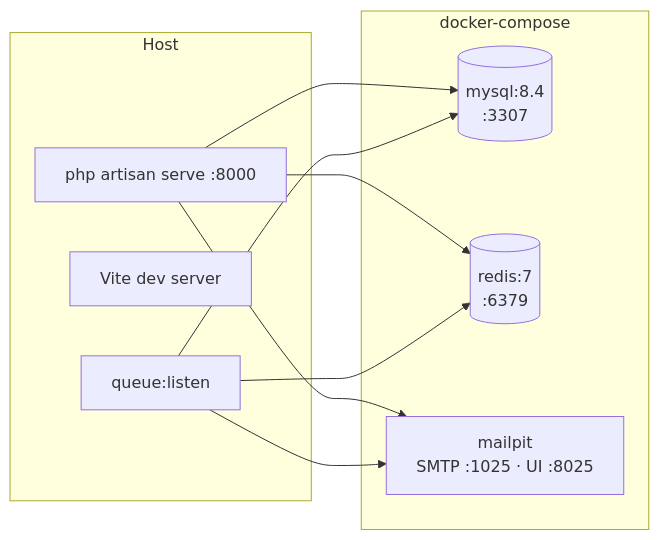
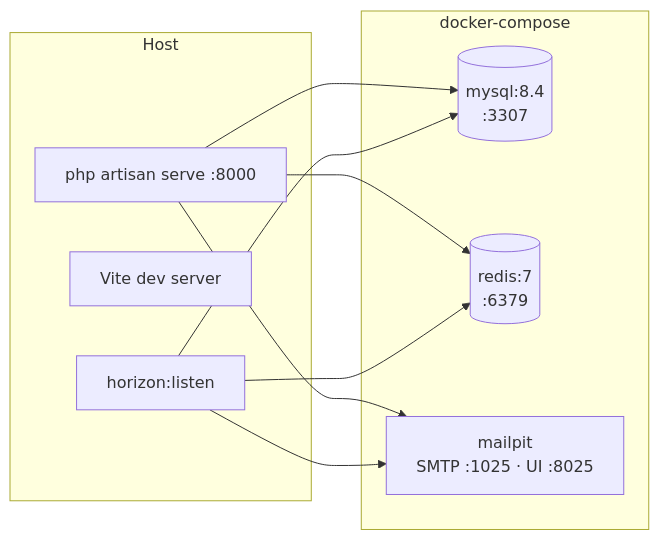
One commit to syaafiudinm/zadjo-simklinik changed diagram 13 of 13 in docs/ARCHITECTURE.md. Above: the diagram before and after it, drawn with Mermaid. The commit also changed other lines of this file and 55 other files, not shown here.

````diff
--- a/docs/ARCHITECTURE.md
+++ b/docs/ARCHITECTURE.md
@@ -712,15 +969,15 @@
 ```mermaid
 flowchart LR
     subgraph Host
         serve["php artisan serve :8000"]
         vite["Vite dev server"]
-        listen["queue:listen"]
+        listen["horizon:listen"]
     end
     subgraph Docker["docker-compose"]
         mysql[("mysql:8.4<br/>:3307")]
         redis[("redis:7<br/>:6379")]
         mailpit["mailpit<br/>SMTP :1025 · UI :8025"]
     end
     serve --> mysql & redis & mailpit
     listen --> mysql & redis & mailpit
 ```
````
